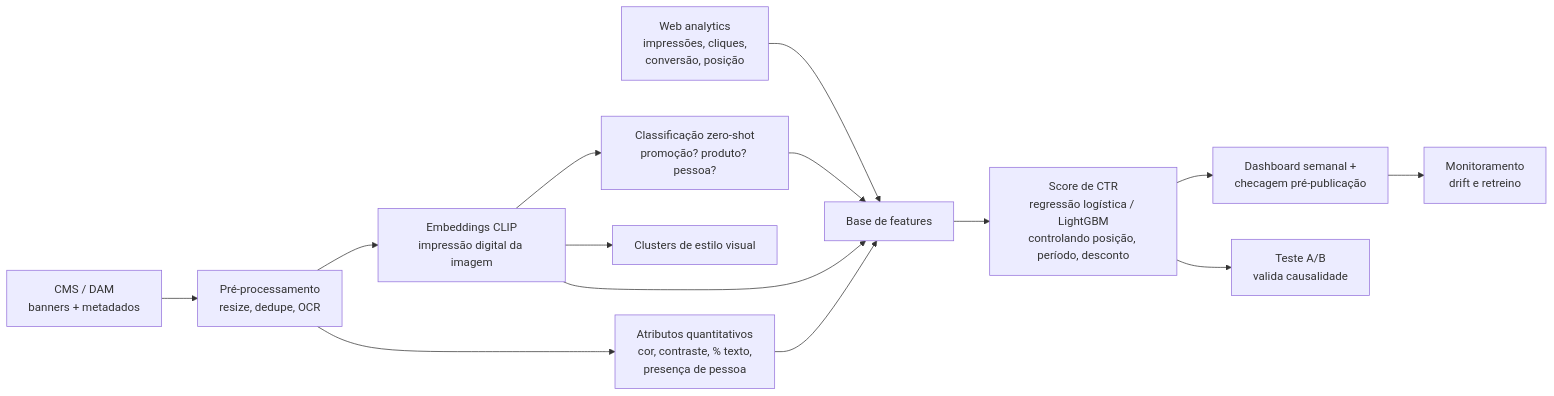
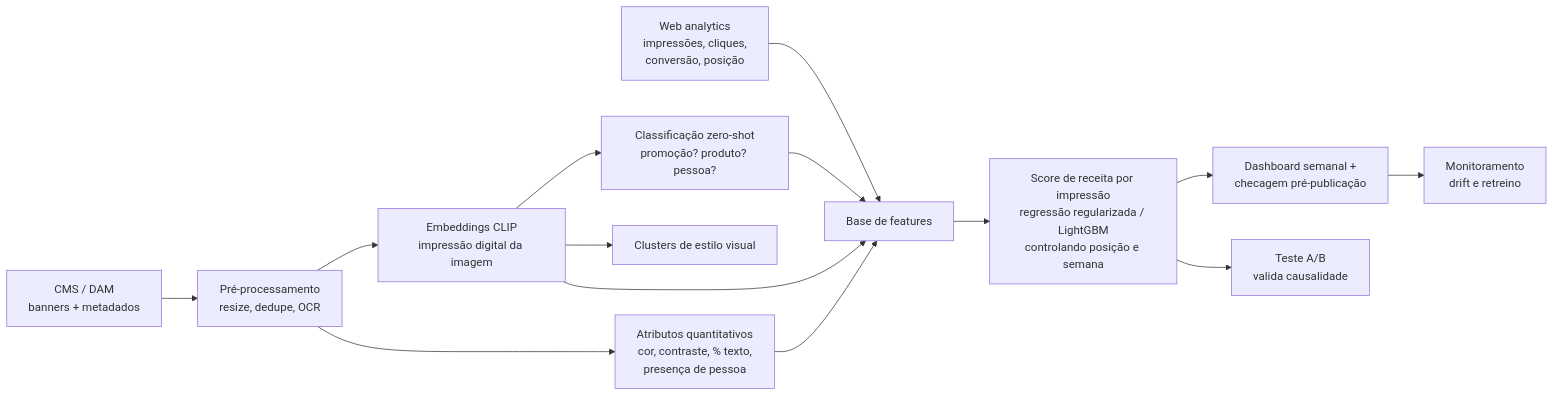
The diagram in docs/secao2_arquitetura_ia.md (MatheusSilveiraVicente/case-especialista-dados), drawn with Mermaid before and after one commit. The commit also changed other lines of this file and 21 other files, not shown here.

````diff
--- a/docs/secao2_arquitetura_ia.md
+++ b/docs/secao2_arquitetura_ia.md
@@ -92,16 +108,16 @@
 ```mermaid
 flowchart LR
     A[CMS / DAM<br/>banners + metadados] --> B[Pré-processamento<br/>resize, dedupe, OCR]
     W[Web analytics<br/>impressões, cliques,<br/>conversão, posição] --> F
     B --> C[Embeddings CLIP<br/>impressão digital da imagem]
     B --> Q[Atributos quantitativos<br/>cor, contraste, % texto,<br/>presença de pessoa]
     C --> Z[Classificação zero-shot<br/>promoção? produto? pessoa?]
     C --> K[Clusters de estilo visual]
     C --> F[Base de features]
     Q --> F
     Z --> F
-    F --> S[Score de CTR<br/>regressão logística / LightGBM<br/>controlando posição, período, desconto]
+    F --> S[Score de receita por impressão<br/>regressão regularizada / LightGBM<br/>controlando posição e semana]
     S --> D[Dashboard semanal +<br/>checagem pré-publicação]
     S --> T[Teste A/B<br/>valida causalidade]
     D --> M[Monitoramento<br/>drift e retreino]
 ```
````
